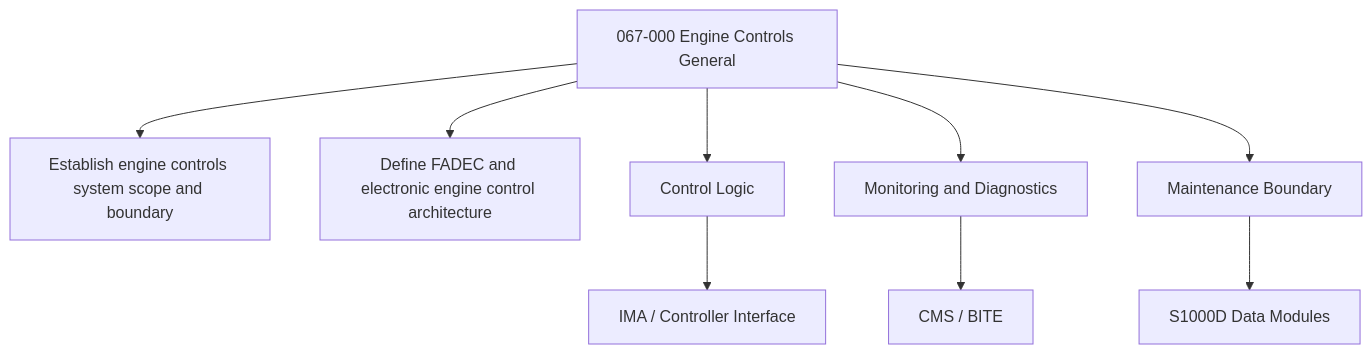
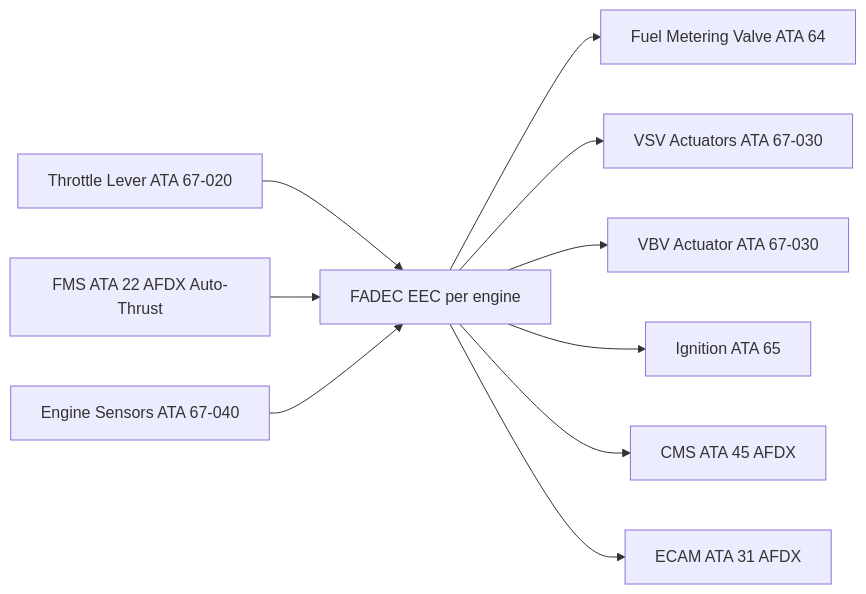
Before and after one commit to AmedeoPelliccia/Qplus-For-All-Queer-People-and-Quantum: the first of 2 diagrams in Q+ATLANTIDE/000-099_ATLAS/060-069_Propulsion-Tradicional/067_Engine-Controls/067-000-Engine-Controls-General.md, drawn with Mermaid. The commit also changed other lines of this file and 9 other files, not shown here.

First line of the commit message:
docs: rewrite 067_Engine-Controls — 10 files contextualized for AMPEL360E eWTW

````diff
--- a/Q+ATLANTIDE/000-099_ATLAS/060-069_Propulsion-Tradicional/067_Engine-Controls/067-000-Engine-Controls-General.md
+++ b/Q+ATLANTIDE/000-099_ATLAS/060-069_Propulsion-Tradicional/067_Engine-Controls/067-000-Engine-Controls-General.md
@@ -172,11 +85,12 @@
 ```mermaid
-flowchart TB
-    SYS[067-000 Engine Controls General] --> F1[Establish engine controls system scope and boundary]
-    SYS --> F2[Define FADEC and electronic engine control architecture]
-    SYS --> CTRL[Control Logic]
-    SYS --> MON[Monitoring and Diagnostics]
-    SYS --> MAINT[Maintenance Boundary]
-    CTRL --> IMA[IMA / Controller Interface]
-    MON --> CMS[CMS / BITE]
-    MAINT --> CSDB[S1000D Data Modules]
+flowchart LR
+    TLA[Throttle Lever ATA 67-020] --> FADEC[FADEC EEC per engine]
+    FMS[FMS ATA 22 AFDX Auto-Thrust] --> FADEC
+    FADEC --> FMV[Fuel Metering Valve ATA 64]
+    FADEC --> VSV[VSV Actuators ATA 67-030]
+    FADEC --> VBV[VBV Actuator ATA 67-030]
+    FADEC --> IGN[Ignition ATA 65]
+    FADEC --> CMS[CMS ATA 45 AFDX]
+    FADEC --> ECAM[ECAM ATA 31 AFDX]
+    SENSORS[Engine Sensors ATA 67-040] --> FADEC
 ```
````
